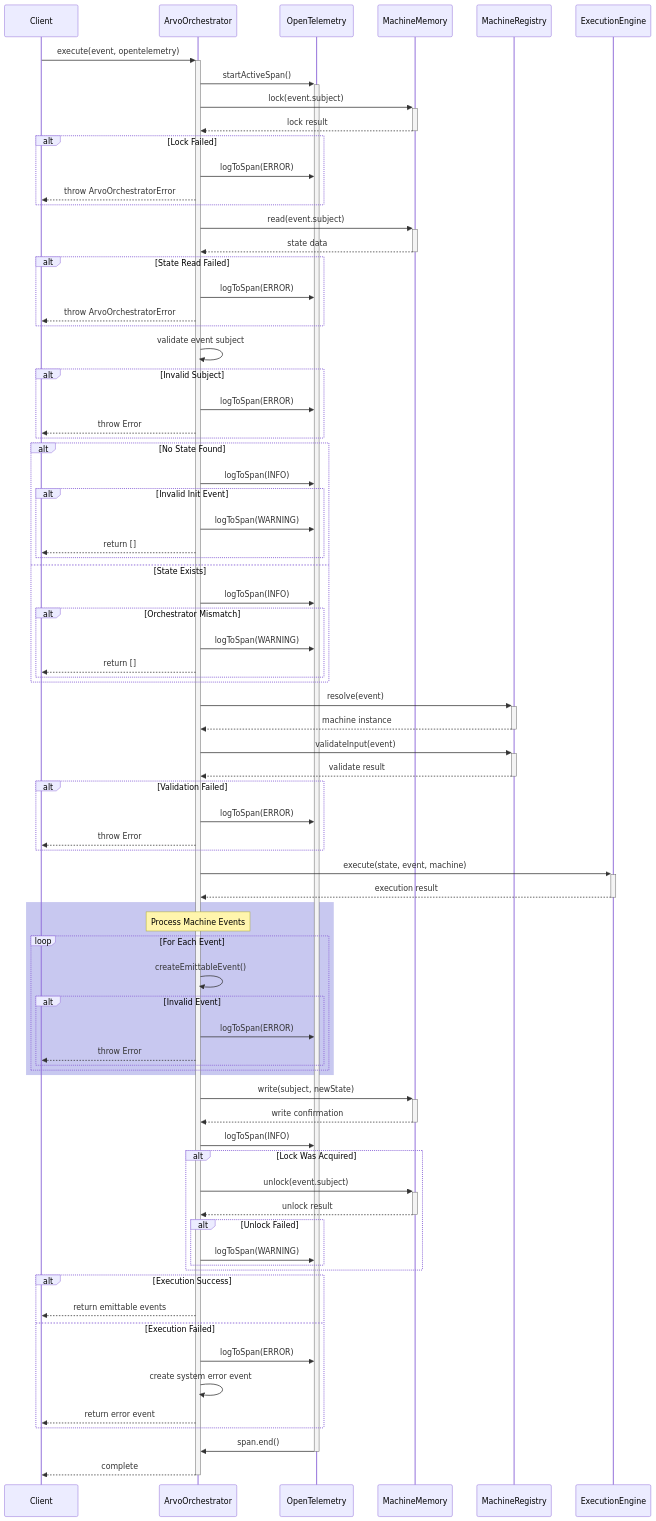
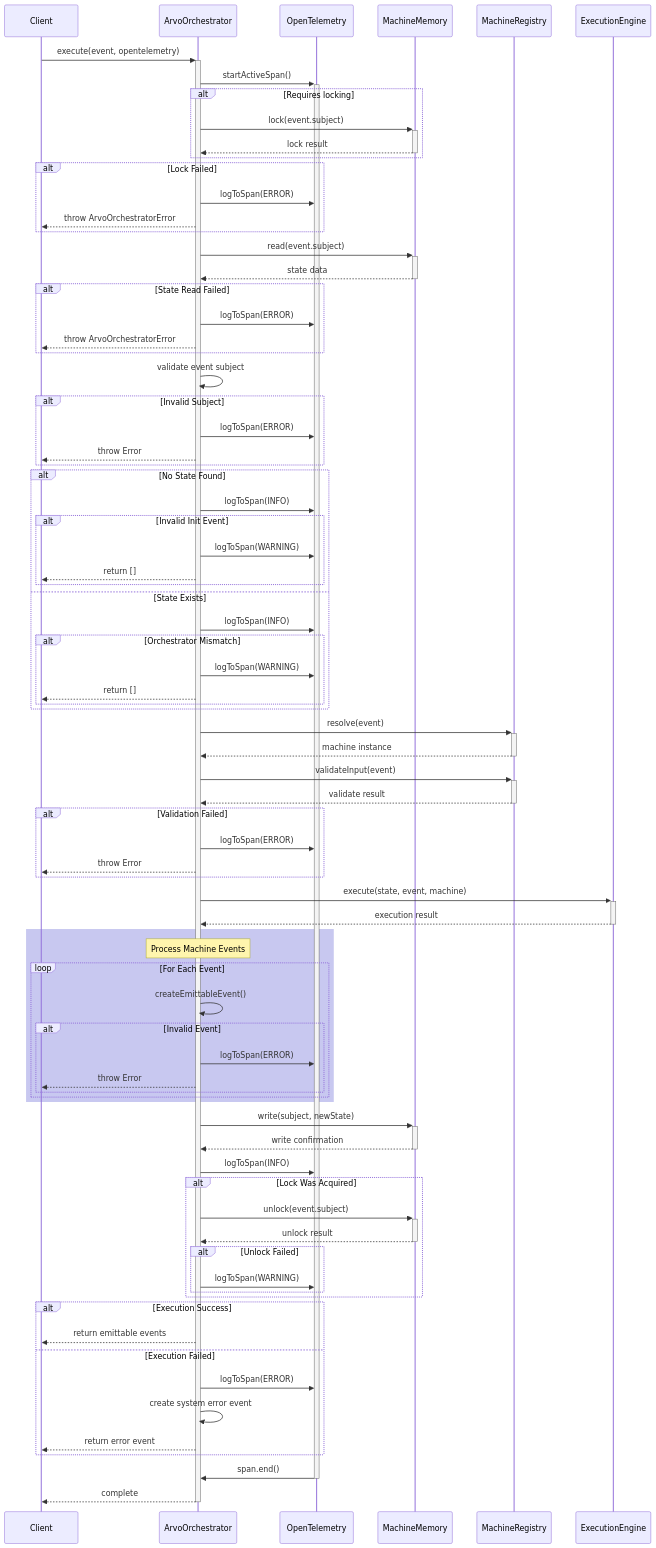
The second of 2 diagrams in src/ArvoOrchestrator/ExecutionDiagrams.md (SaadAhmad123/arvo-xstate), drawn with Mermaid before and after one commit. The commit also changed 31 other files, not shown here.

```diff
--- a/src/ArvoOrchestrator/ExecutionDiagrams.md
+++ b/src/ArvoOrchestrator/ExecutionDiagrams.md
@@ -129,8 +129,10 @@
     O->>+OT: startActiveSpan()
     
     %% Lock and State Management
+    alt Requires locking
     O->>+M: lock(event.subject)
     M-->>-O: lock result
+    end
     alt Lock Failed
         O->>OT: logToSpan(ERROR)
         O-->>C: throw ArvoOrchestratorError
```
